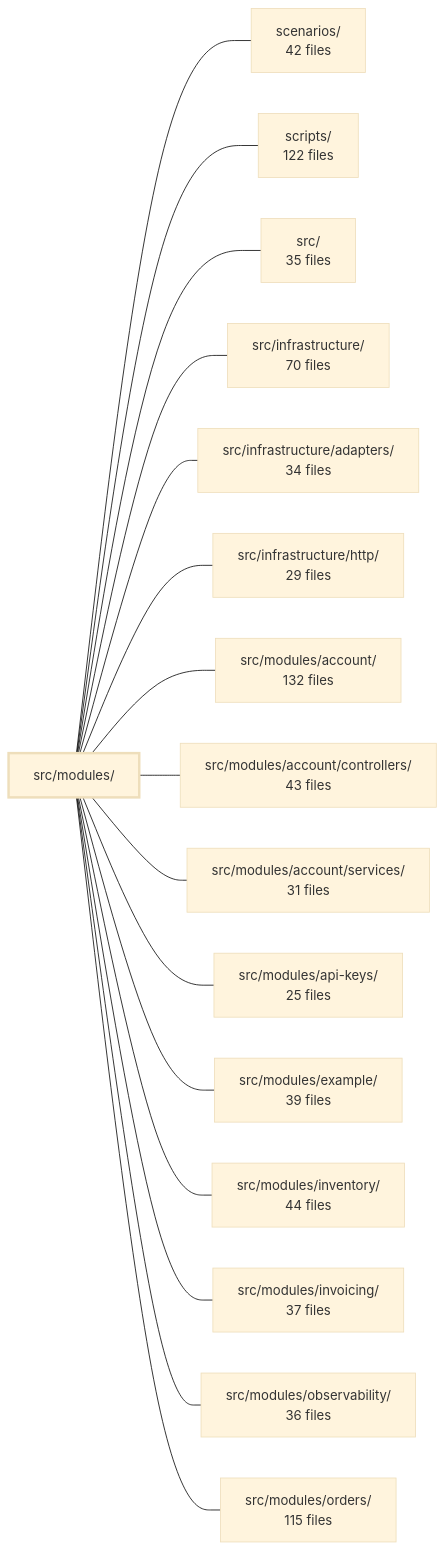
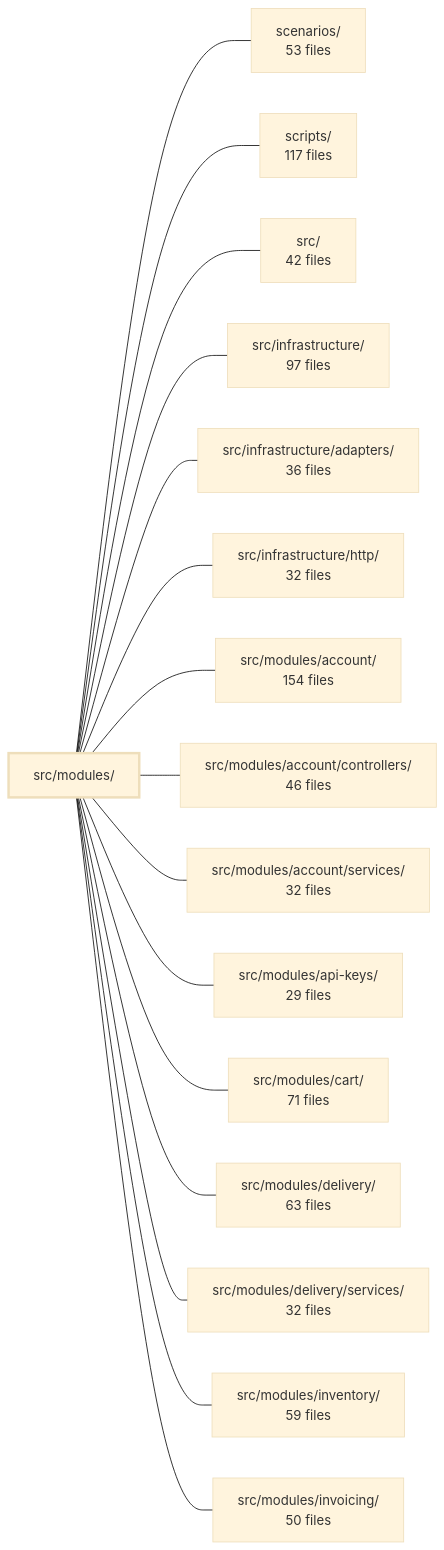
The diagram in .2brain/modules/boilerplate-node-backend_src_modules.md (Guebbit/boilerplate-node-backend), drawn with Mermaid (base theme) before and after one commit. The commit also changed other lines of this file and 1775 other files, not shown here.

````diff
--- a/.2brain/modules/boilerplate-node-backend_src_modules.md
+++ b/.2brain/modules/boilerplate-node-backend_src_modules.md
@@ -40,35 +39,35 @@
 ```mermaid
 flowchart LR
     m_src_modules["src/modules/"]
-    m_scenarios["scenarios/<br/>42 files"]
-    m_scripts["scripts/<br/>122 files"]
-    m_src["src/<br/>35 files"]
-    m_src_infrastructure["src/infrastructure/<br/>70 files"]
-    m_src_infrastructure_adapters["src/infrastructure/adapters/<br/>34 files"]
-    m_src_infrastructure_http["src/infrastructure/http/<br/>29 files"]
-    m_src_modules_account["src/modules/account/<br/>132 files"]
-    m_src_modules_account_controllers["src/modules/account/controllers/<br/>43 files"]
-    m_src_modules_account_services["src/modules/account/services/<br/>31 files"]
-    m_src_modules_api_keys["src/modules/api-keys/<br/>25 files"]
-    m_src_modules_example["src/modules/example/<br/>39 files"]
-    m_src_modules_inventory["src/modules/inventory/<br/>44 files"]
-    m_src_modules_invoicing["src/modules/invoicing/<br/>37 files"]
-    m_src_modules_observability["src/modules/observability/<br/>36 files"]
-    m_src_modules_orders["src/modules/orders/<br/>115 files"]
+    m_scenarios["scenarios/<br/>53 files"]
+    m_scripts["scripts/<br/>117 files"]
+    m_src["src/<br/>42 files"]
+    m_src_infrastructure["src/infrastructure/<br/>97 files"]
+    m_src_infrastructure_adapters["src/infrastructure/adapters/<br/>36 files"]
+    m_src_infrastructure_http["src/infrastructure/http/<br/>32 files"]
+    m_src_modules_account["src/modules/account/<br/>154 files"]
+    m_src_modules_account_controllers["src/modules/account/controllers/<br/>46 files"]
+    m_src_modules_account_services["src/modules/account/services/<br/>32 files"]
+    m_src_modules_api_keys["src/modules/api-keys/<br/>29 files"]
+    m_src_modules_cart["src/modules/cart/<br/>71 files"]
+    m_src_modules_delivery["src/modules/delivery/<br/>63 files"]
+    m_src_modules_delivery_services["src/modules/delivery/services/<br/>32 files"]
+    m_src_modules_inventory["src/modules/inventory/<br/>59 files"]
+    m_src_modules_invoicing["src/modules/invoicing/<br/>50 files"]
     m_src_modules --- m_scenarios
     m_src_modules --- m_scripts
     m_src_modules --- m_src
     m_src_modules --- m_src_infrastructure
     m_src_modules --- m_src_infrastructure_adapters
     m_src_modules --- m_src_infrastructure_http
     m_src_modules --- m_src_modules_account
     m_src_modules --- m_src_modules_account_controllers
     m_src_modules --- m_src_modules_account_services
     m_src_modules --- m_src_modules_api_keys
-    m_src_modules --- m_src_modules_example
+    m_src_modules --- m_src_modules_cart
+    m_src_modules --- m_src_modules_delivery
+    m_src_modules --- m_src_modules_delivery_services
     m_src_modules --- m_src_modules_inventory
     m_src_modules --- m_src_modules_invoicing
-    m_src_modules --- m_src_modules_observability
-    m_src_modules --- m_src_modules_orders
     style m_src_modules stroke-width:3px
 ```
````
